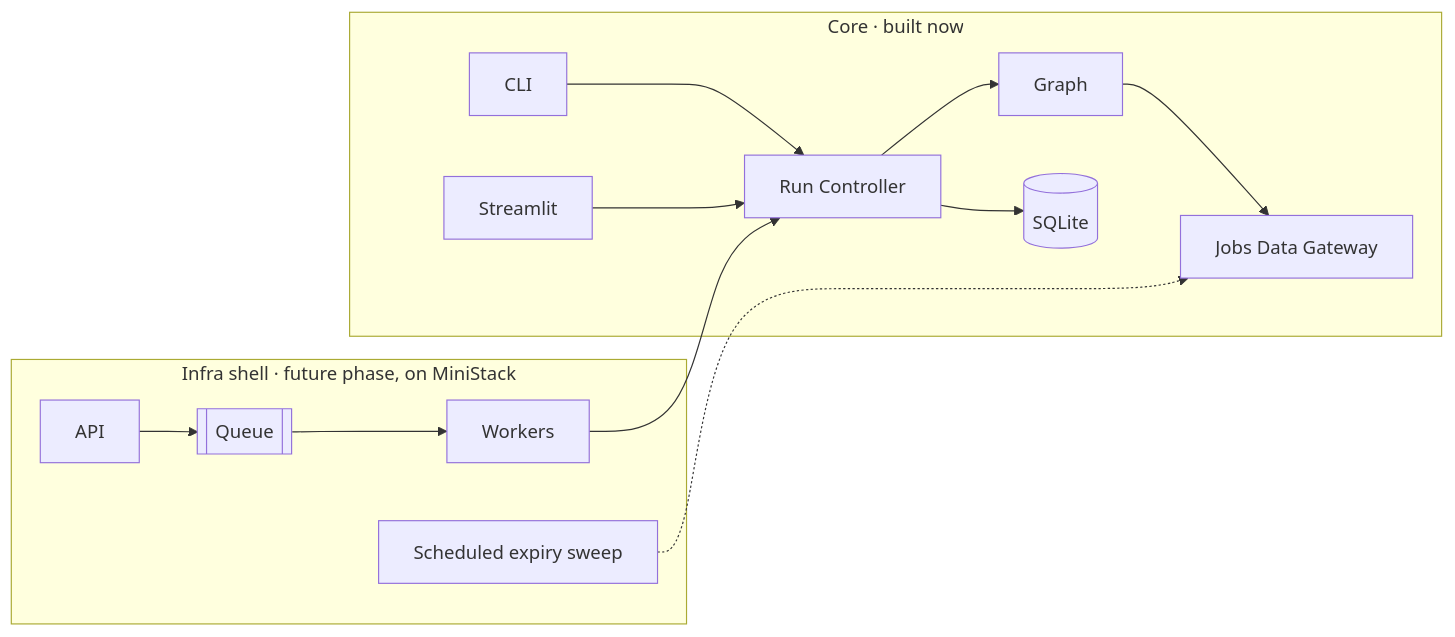
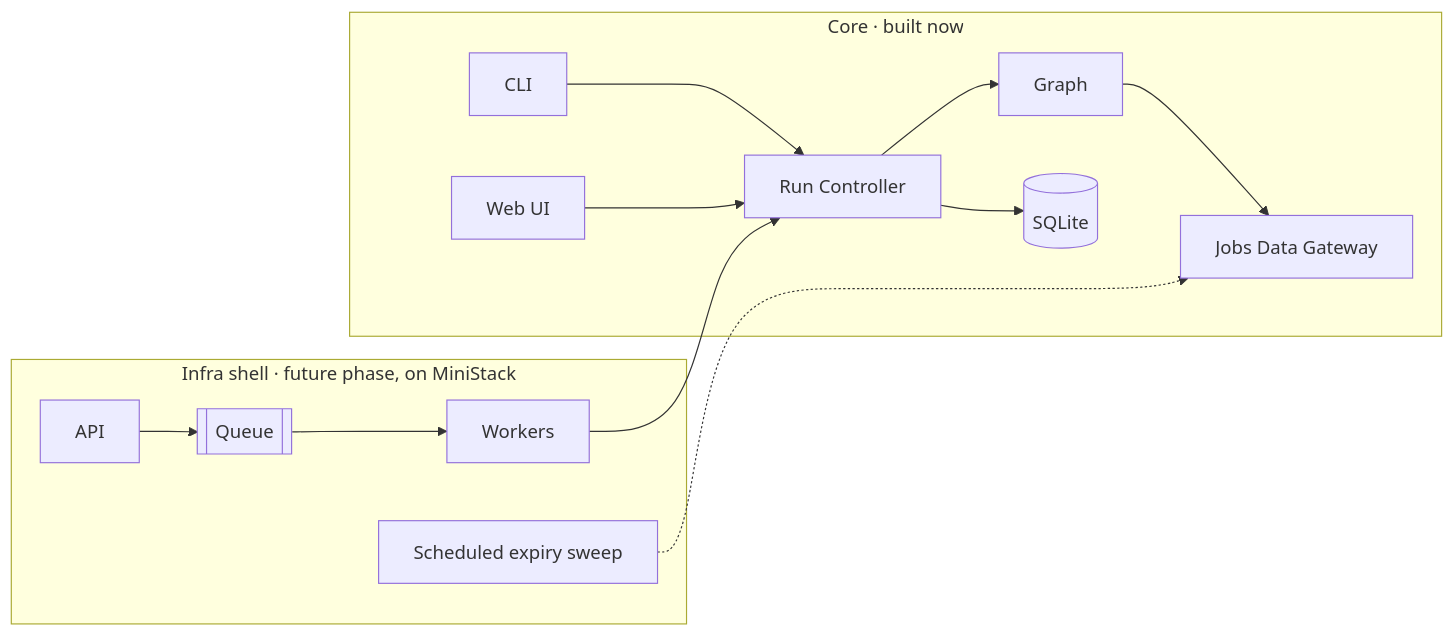
The third of 3 diagrams in docs/HLD.md (SmayanKulkarni/Joveo-Assignment-Smayan), drawn with Mermaid before and after one commit. The commit also changed other lines of this file and 75 other files, not shown here.

````diff
--- a/docs/HLD.md
+++ b/docs/HLD.md
@@ -210,15 +210,15 @@
 ```mermaid
 flowchart LR
   subgraph core [Core · built now]
     cli[CLI] --> rc
-    st[Streamlit] --> rc
+    web[Web UI] --> rc
     rc[Run Controller] --> g[Graph] --> gw[Jobs Data Gateway]
     rc --> db[(SQLite)]
   end
   subgraph shell [Infra shell · future phase, on MiniStack]
     api[API] --> q[[Queue]] --> w[Workers]
     sweep[Scheduled expiry sweep]
   end
   w --> rc
   sweep -.-> gw
 ```
````
